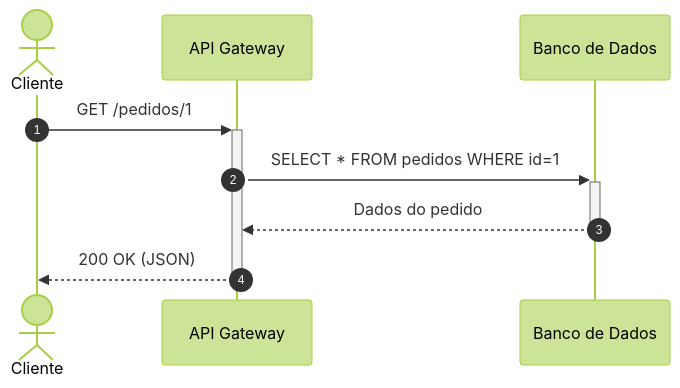
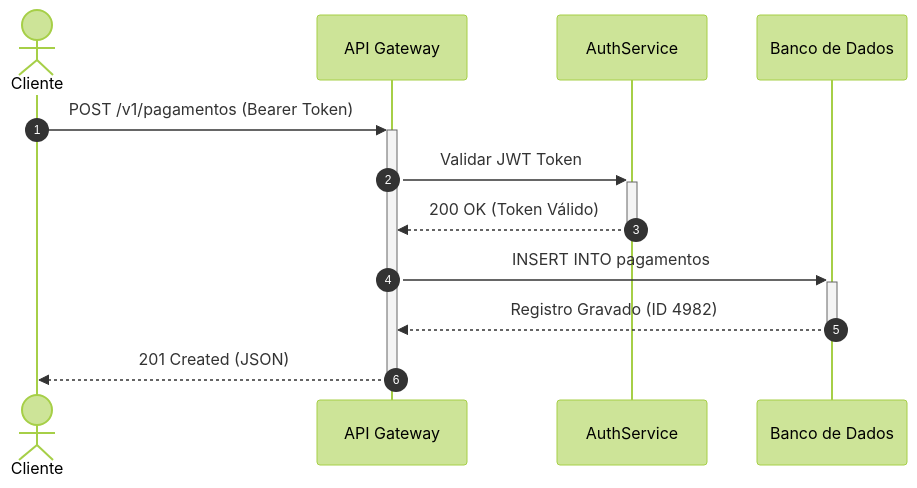
The second of 7 diagrams in skills/engineering-practices/documentation-designer/SKILL.md (dandgabr/skills), drawn with Mermaid (forest theme) before and after one commit. The commit also changed other lines of this file and 8 other files, not shown here.

````diff
--- a/skills/engineering-practices/documentation-designer/SKILL.md
+++ b/skills/engineering-practices/documentation-designer/SKILL.md
@@ -96,11 +114,14 @@
 ```mermaid
 sequenceDiagram
     autonumber
     actor Cliente
-    participant API as API Gateway
+    participant Gateway as API Gateway
+    participant Auth as AuthService
     participant DB as Banco de Dados
-    Cliente->>+API: GET /pedidos/1
-    API->>+DB: SELECT * FROM pedidos WHERE id=1
-    DB-->>-API: Dados do pedido
-    API-->>-Cliente: 200 OK (JSON)
+    Cliente->>+Gateway: POST /v1/pagamentos (Bearer Token)
+    Gateway->>+Auth: Validar JWT Token
+    Auth-->>-Gateway: 200 OK (Token Válido)
+    Gateway->>+DB: INSERT INTO pagamentos
+    DB-->>-Gateway: Registro Gravado (ID 4982)
+    Gateway-->>-Cliente: 201 Created (JSON)
 ```
````
